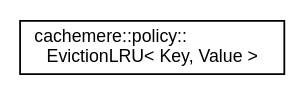
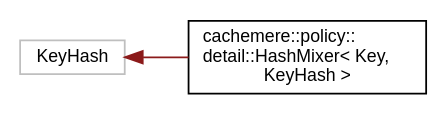
Before and after one commit to coveooss/cachemere: the diagram in docs/inherit_graph_14.dot, drawn with Graphviz. The commit also changed 122 other files, not shown here.

```diff
--- a/docs/inherit_graph_14.dot
+++ b/docs/inherit_graph_14.dot
@@ -1,8 +1,10 @@
 digraph "Graphical Class Hierarchy"
 {
  // LATEX_PDF_SIZE
   edge [fontname="Helvetica",fontsize="10",labelfontname="Helvetica",labelfontsize="10"];
   node [fontname="Helvetica",fontsize="10",shape=record];
   rankdir="LR";
-  Node0 [label="cachemere::policy::\lEvictionLRU\< Key, Value \>",height=0.2,width=0.4,color="black", fillcolor="white", style="filled",URL="$classcachemere_1_1policy_1_1EvictionLRU.html",tooltip="Least Recently Used (LRU) eviction policy."];
+  Node8 [label="KeyHash",height=0.2,width=0.4,color="grey75", fillcolor="white", style="filled",tooltip=" "];
+  Node8 -> Node0 [dir="back",color="firebrick4",fontsize="10",style="solid",fontname="Helvetica"];
+  Node0 [label="cachemere::policy::\ldetail::HashMixer\< Key,\l KeyHash \>",height=0.2,width=0.4,color="black", fillcolor="white", style="filled",URL="$classcachemere_1_1policy_1_1detail_1_1HashMixer.html",tooltip="Functor used for generating a uniform sequence of numbers in a given value range for a given key."];
 }
```
